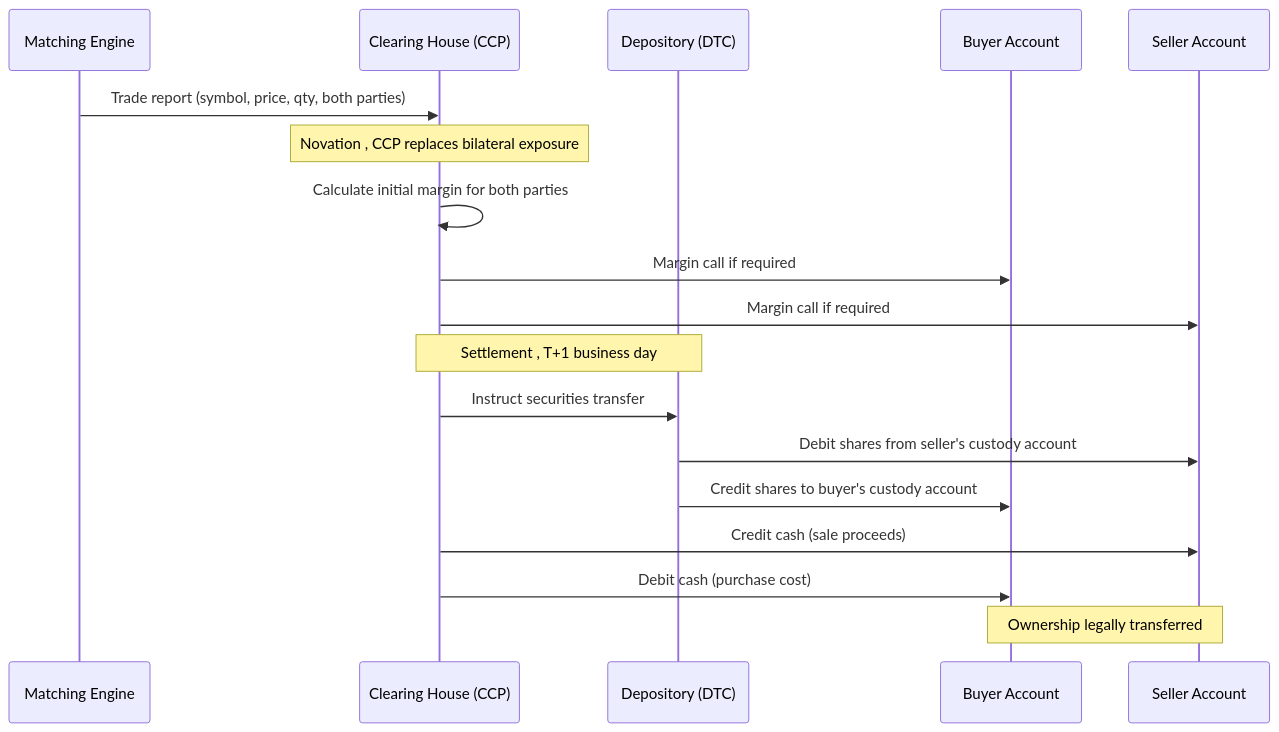
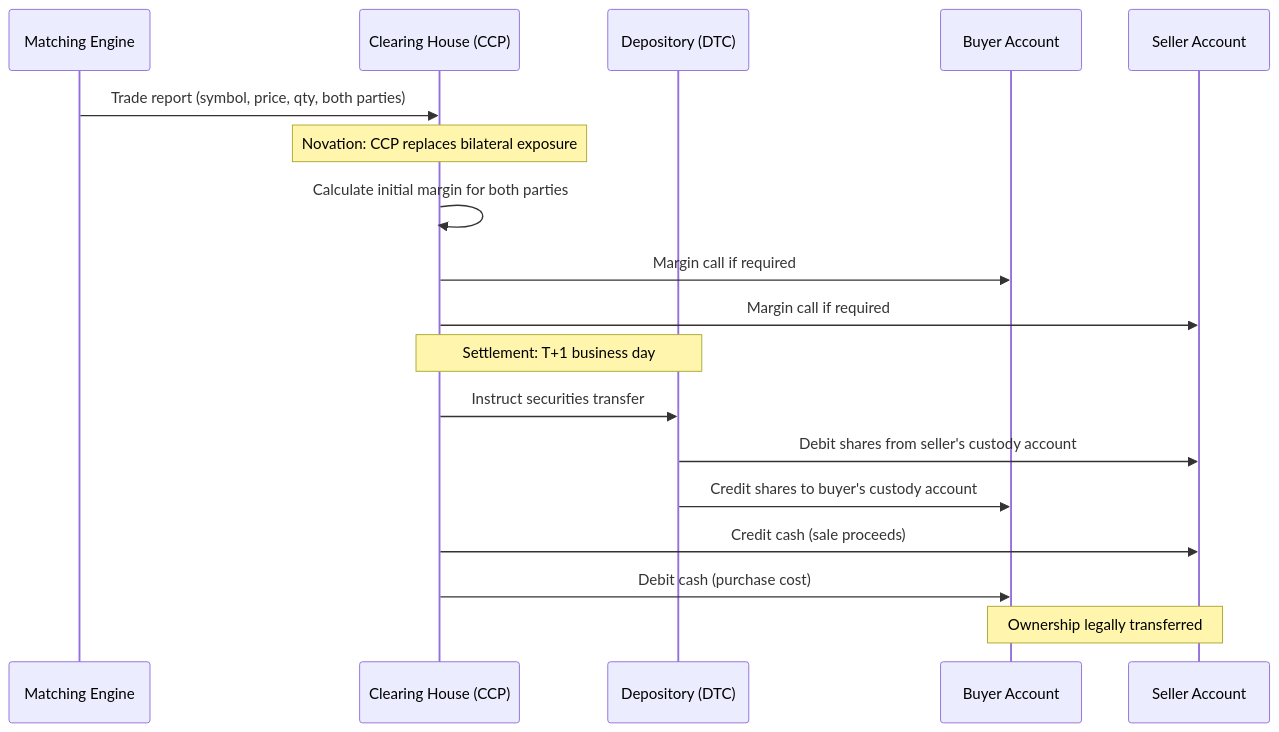
One commit to johan162/EduMatcher changed the diagram in docs-exchange-intro/src/03-risk-and-compliance/05-clearing-and-settlement-when-the-trade-becomes-real.md. Above: the diagram before and after it, drawn with Mermaid. The commit also changed other lines of this file and 72 other files, not shown here.

````diff
--- a/docs-exchange-intro/src/03-risk-and-compliance/05-clearing-and-settlement-when-the-trade-becomes-real.md
+++ b/docs-exchange-intro/src/03-risk-and-compliance/05-clearing-and-settlement-when-the-trade-becomes-real.md
@@ -8,21 +8,21 @@
 ```mermaid
 sequenceDiagram
     participant ME as Matching Engine
     participant CCP as Clearing House (CCP)
     participant DTC as Depository (DTC)
     participant Buy as Buyer Account
     participant Sell as Seller Account
 
     ME->>CCP: Trade report (symbol, price, qty, both parties)
-    Note over CCP: Novation , CCP replaces bilateral exposure
+    Note over CCP: Novation: CCP replaces bilateral exposure
     CCP->>CCP: Calculate initial margin for both parties
     CCP->>Buy: Margin call if required
     CCP->>Sell: Margin call if required
-    Note over CCP,DTC: Settlement , T+1 business day
+    Note over CCP,DTC: Settlement: T+1 business day
     CCP->>DTC: Instruct securities transfer
     DTC->>Sell: Debit shares from seller's custody account
     DTC->>Buy: Credit shares to buyer's custody account
     CCP->>Sell: Credit cash (sale proceeds)
     CCP->>Buy: Debit cash (purchase cost)
     Note over Buy,Sell: Ownership legally transferred
 ```
````
